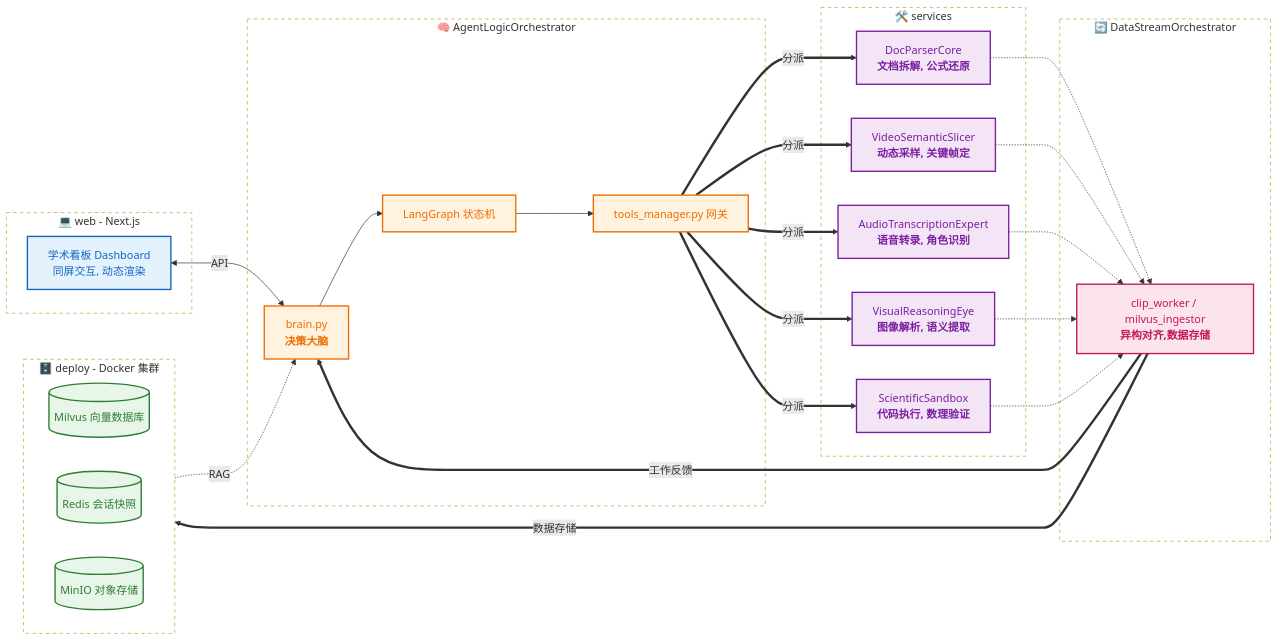
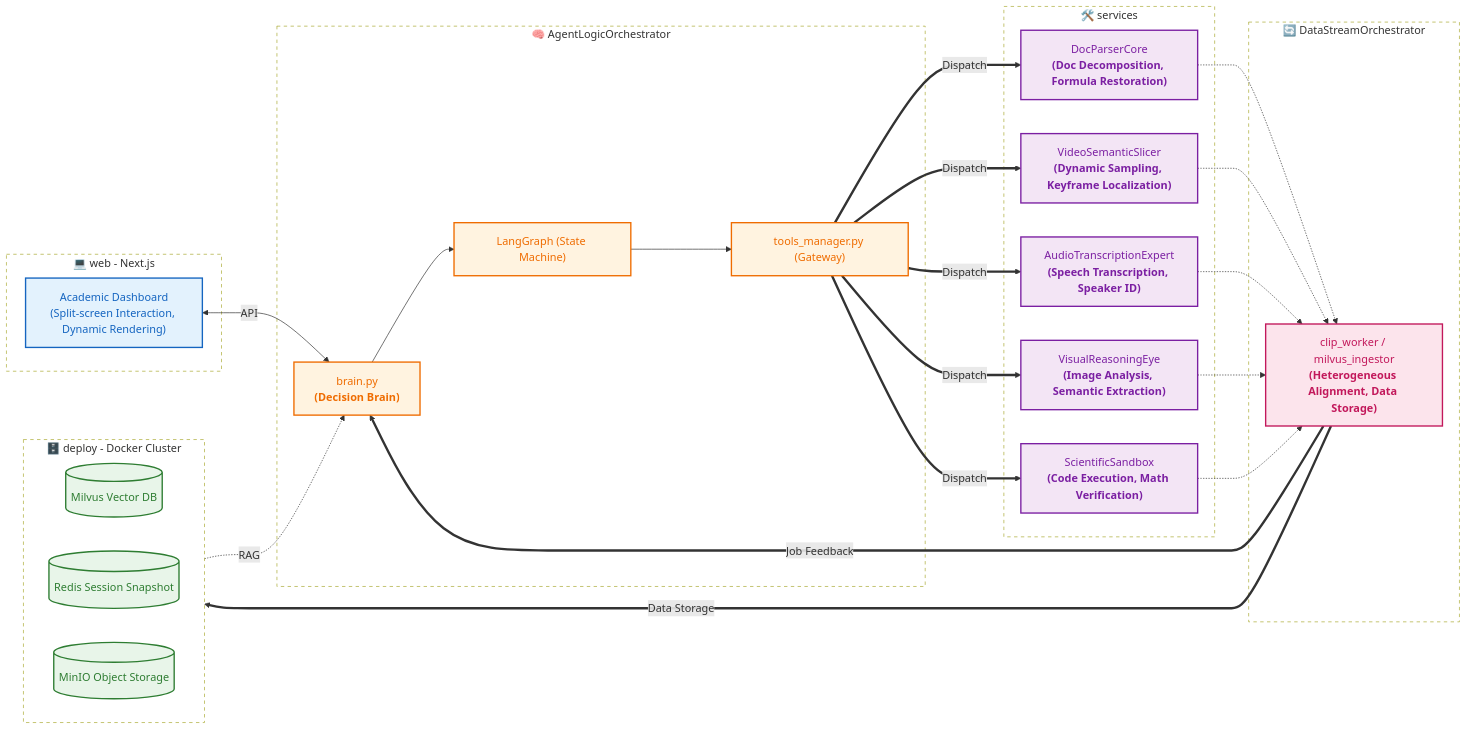
One commit to wrongtrojan/ContextMap changed the diagram in README.md. Above: the diagram before and after it, drawn with Mermaid. The commit also changed other lines of this file and 17 other files, not shown here.

````diff
--- a/README.md
+++ b/README.md
@@ -292,69 +290,69 @@
 ```mermaid
 graph LR
-    %% 全局样式定义
+    %% Global Style Definitions
     classDef webStyle fill:#e3f2fd,stroke:#1565c0,stroke-width:2px,color:#1565c0
     classDef coreStyle fill:#fff3e0,stroke:#ef6c00,stroke-width:2px,color:#ef6c00
     classDef serviceStyle fill:#f3e5f5,stroke:#7b1fa2,stroke-width:2px,color:#7b1fa2
     classDef dataStyle fill:#fce4ec,stroke:#c2185b,stroke-width:2px,color:#c2185b
     classDef deployStyle fill:#e8f5e9,stroke:#2e7d32,stroke-width:2px,color:#2e7d32
 
-    %% 1. 用户交互层
+    %% 1. User Interaction Layer
     subgraph web_env [💻 web - Next.js]
-        UI["学术看板 Dashboard<br/>同屏交互, 动态渲染"]:::webStyle
+        UI["Academic Dashboard<br/>(Split-screen Interaction, Dynamic Rendering)"]:::webStyle
     end
 
-    %% 2. 核心调度层
+    %% 2. Core Orchestration Layer
     subgraph core_env [🧠 AgentLogicOrchestrator]
-        brain["brain.py<br/><b>决策大脑</b>"]:::coreStyle
-        state[LangGraph 状态机]:::coreStyle
-        tools_manager[tools_manager.py 网关]:::coreStyle
+        brain["brain.py<br/><b>(Decision Brain)</b>"]:::coreStyle
+        state["LangGraph (State Machine)"]:::coreStyle
+        tools_manager["tools_manager.py (Gateway)"]:::coreStyle
         
         brain --> state --> tools_manager
     end
 
-    %% 3. 执行专家库
+    %% 3. Execution Expert Library
     subgraph services_envs [🛠️ services ]
-        DP["DocParserCore<br/><b>文档拆解, 公式还原</b>"]:::serviceStyle
-        VS["VideoSemanticSlicer<br/><b>动态采样, 关键帧定</b>"]:::serviceStyle
-        AE["AudioTranscriptionExpert<br/><b>语音转录, 角色识别</b>"]:::serviceStyle
-        RE["VisualReasoningEye<br/><b>图像解析, 语义提取</b>"]:::serviceStyle
-        SB["ScientificSandbox<br/><b>代码执行, 数理验证</b>"]:::serviceStyle
+        DP["DocParserCore<br/><b>(Doc Decomposition, Formula Restoration)</b>"]:::serviceStyle
+        VS["VideoSemanticSlicer<br/><b>(Dynamic Sampling, Keyframe Localization)</b>"]:::serviceStyle
+        AE["AudioTranscriptionExpert<br/><b>(Speech Transcription, Speaker ID)</b>"]:::serviceStyle
+        RE["VisualReasoningEye<br/><b>(Image Analysis, Semantic Extraction)</b>"]:::serviceStyle
+        SB["ScientificSandbox<br/><b>(Code Execution, Math Verification)</b>"]:::serviceStyle
     end
 
-    %% 4. 数据调度层
+    %% 4. Data Orchestration Layer
     subgraph data_env [🔄 DataStreamOrchestrator]
-        DSO["clip_worker / milvus_ingestor<br/><b>异构对齐,数据存储</b>"]:::dataStyle
+        DSO["clip_worker / milvus_ingestor<br/><b>(Heterogeneous Alignment, Data Storage)</b>"]:::dataStyle
     end
 
-    %% 5. 基础设施层
-    subgraph deploy_env [🗄️ deploy - Docker 集群]
+    %% 5. Infrastructure Layer
+    subgraph deploy_env [🗄️ deploy - Docker Cluster]
         direction LR
-        Milvus[(Milvus 向量数据库)]:::deployStyle
-        Redis[(Redis 会话快照)]:::deployStyle
-        MinIO[(MinIO 对象存储)]:::deployStyle
+        Milvus[(Milvus Vector DB)]:::deployStyle
+        Redis[(Redis Session Snapshot)]:::deployStyle
+        MinIO[(MinIO Object Storage)]:::deployStyle
     end
 
-    %% 指令流
+    %% Instruction Flow
     UI <--> |API| brain
-    tools_manager ==> |分派| DP
-    tools_manager ==> |分派| VS
-    tools_manager ==> |分派| AE
-    tools_manager ==> |分派| RE
-    tools_manager ==> |分派| SB
+    tools_manager ==> |Dispatch| DP
+    tools_manager ==> |Dispatch| VS
+    tools_manager ==> |Dispatch| AE
+    tools_manager ==> |Dispatch| RE
+    tools_manager ==> |Dispatch| SB
     
-    %% 数据生命周期流
+    %% Data Lifecycle Flow
     DP & VS & AE & RE & SB -.-> DSO
-    DSO ==> |数据存储| deploy_env
-    DSO ==> |工作反馈| brain
+    DSO ==> |Data Storage| deploy_env
+    DSO ==> |Job Feedback| brain
     
-    %% 反馈循环
+    %% Feedback Loop
     deploy_env -.-> |RAG| brain
     
 
-    %% 布局优化
+    %% Layout Optimization
     style web_env fill:transparent,stroke-dasharray: 5 5
     style core_env fill:transparent,stroke-dasharray: 5 5
     style services_envs fill:transparent,stroke-dasharray: 5 5
     style data_env fill:transparent,stroke-dasharray: 5 5
     style deploy_env fill:transparent,stroke-dasharray: 5 5
 ```
````
